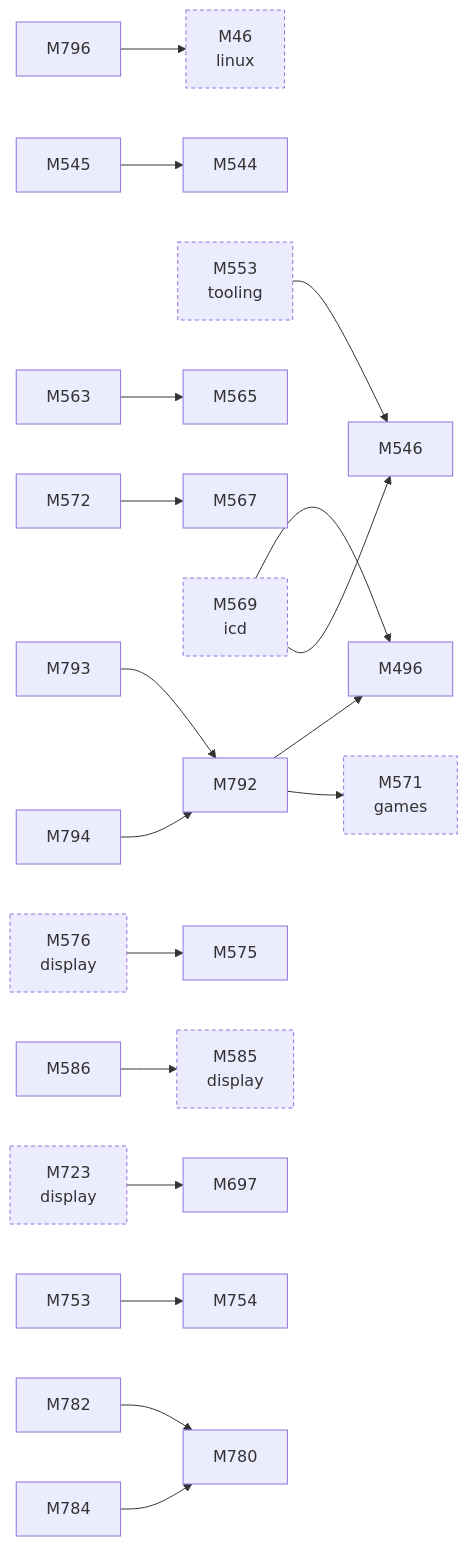
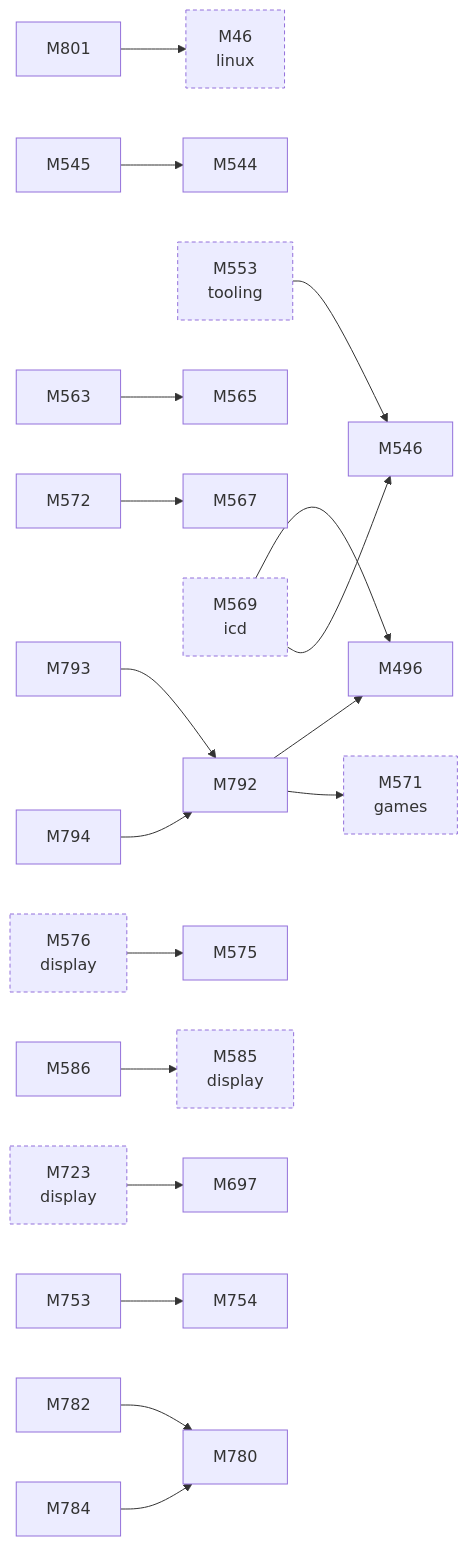
Before and after one commit to D-Ogi/amdgpu-wddm: the second of 2 diagrams in docs/facts/graphs/d3d.md, drawn with Mermaid. The commit also changed other lines of this file and 7 other files, not shown here.

````diff
--- a/docs/facts/graphs/d3d.md
+++ b/docs/facts/graphs/d3d.md
@@ -22,49 +22,49 @@
 ```mermaid
 flowchart LR
   M46["M46<br/>linux"]
   M496["M496"]
   M544["M544"]
   M545["M545"]
   M546["M546"]
   M553["M553<br/>tooling"]
   M563["M563"]
   M565["M565"]
   M567["M567"]
   M569["M569<br/>icd"]
   M571["M571<br/>games"]
   M572["M572"]
   M575["M575"]
   M576["M576<br/>display"]
   M585["M585<br/>display"]
   M586["M586"]
   M697["M697"]
   M723["M723<br/>display"]
   M753["M753"]
   M754["M754"]
   M780["M780"]
   M782["M782"]
   M784["M784"]
   M792["M792"]
   M793["M793"]
   M794["M794"]
-  M796["M796"]
+  M801["M801"]
   M576 --> M575
   M723 --> M697
   M569 --> M496
   M569 --> M546
   M545 --> M544
   M563 --> M565
   M572 --> M567
   M586 --> M585
   M753 --> M754
   M782 --> M780
   M784 --> M780
   M792 --> M496
   M792 --> M571
   M793 --> M792
   M794 --> M792
-  M796 --> M46
+  M801 --> M46
   M553 --> M546
   classDef other stroke-dasharray:4 3
   class M46,M553,M569,M571,M576,M585,M723 other
 ```
````
